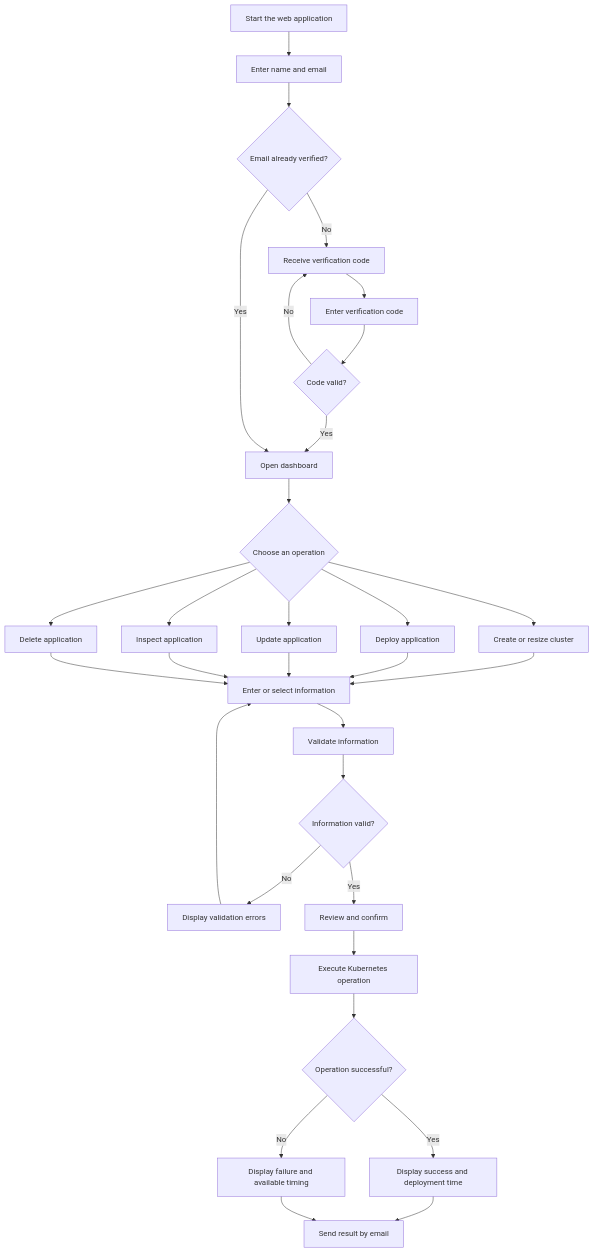
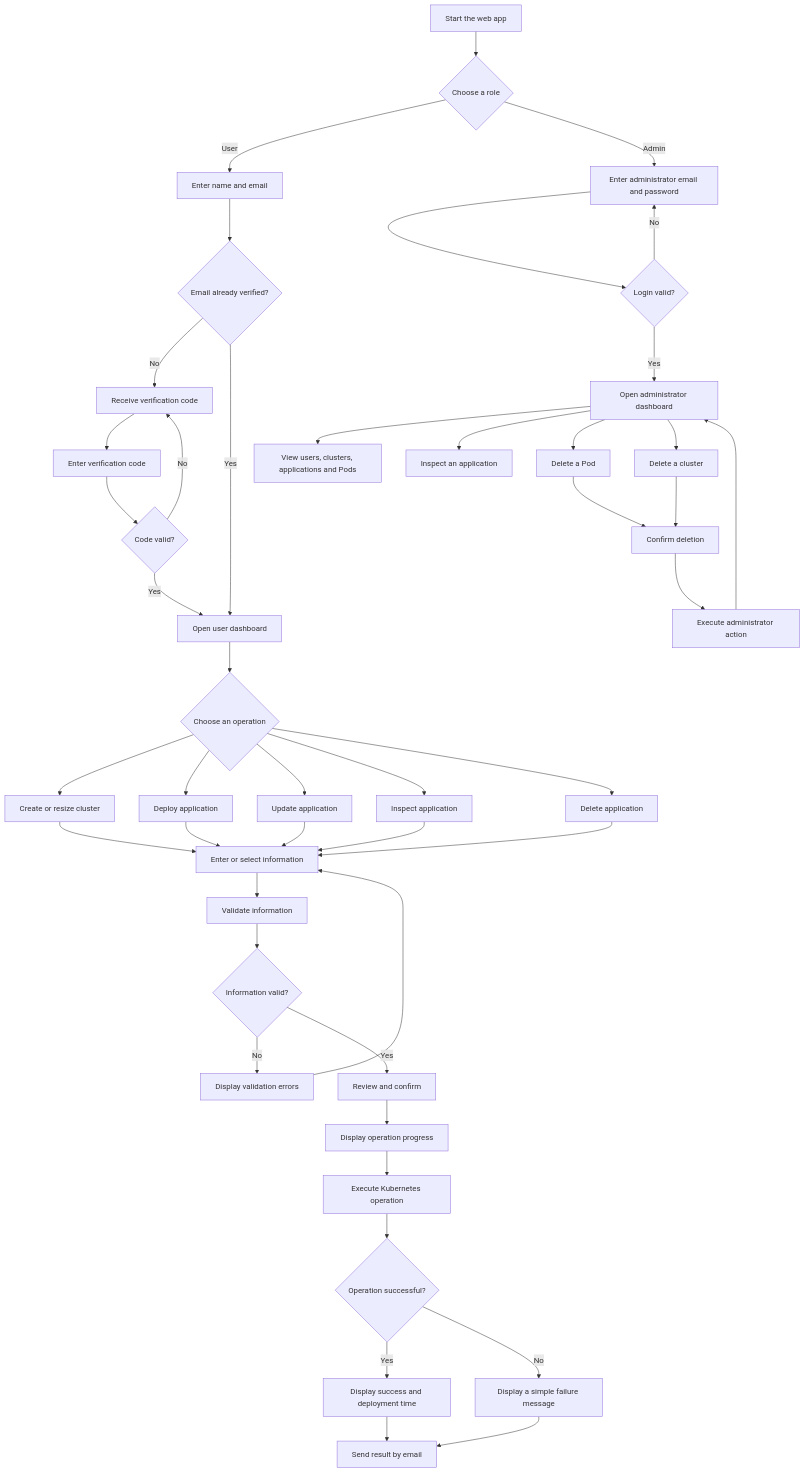
The diagram in README.md (salmarashedy/Repository-name-Zero-Touch-K8s-Private), drawn with Mermaid before and after one commit. The commit also changed other lines of this file, not shown here.

First line of the commit message:
Revise README for Zero-Touch Kubernetes Web Service

````diff
--- a/README.md
+++ b/README.md
@@ -39,43 +29,62 @@
 ```mermaid
 flowchart TD
-    A["Start the web application"] --> B["Enter name and email"]
-    B --> C{"Email already verified?"}
+    A["Start the web app"] --> B{"Choose a role"}
 
-    C -- "No" --> D["Receive verification code"]
-    D --> E["Enter verification code"]
-    E --> F{"Code valid?"}
+    B -- "User" --> C["Enter name and email"]
+    C --> D{"Email already verified?"}
 
-    F -- "No" --> D
-    F -- "Yes" --> G["Open dashboard"]
-    C -- "Yes" --> G
+    D -- "No" --> E["Receive verification code"]
+    E --> F["Enter verification code"]
+    F --> G{"Code valid?"}
 
-    G --> H{"Choose an operation"}
+    G -- "No" --> E
+    G -- "Yes" --> H["Open user dashboard"]
+    D -- "Yes" --> H
 
-    H --> I["Create or resize cluster"]
-    H --> J["Deploy application"]
-    H --> K["Update application"]
-    H --> L["Inspect application"]
-    H --> M["Delete application"]
+    H --> I{"Choose an operation"}
 
-    I --> N["Enter or select information"]
-    J --> N
-    K --> N
-    L --> N
-    M --> N
+    I --> J["Create or resize cluster"]
+    I --> K["Deploy application"]
+    I --> L["Update application"]
+    I --> M["Inspect application"]
+    I --> N["Delete application"]
 
-    N --> O["Validate information"]
-    O --> P{"Information valid?"}
+    J --> O["Enter or select information"]
+    K --> O
+    L --> O
+    M --> O
+    N --> O
 
-    P -- "No" --> Q["Display validation errors"]
-    Q --> N
+    O --> P["Validate information"]
+    P --> Q{"Information valid?"}
 
-    P -- "Yes" --> R["Review and confirm"]
-    R --> S["Execute Kubernetes operation"]
-    S --> T{"Operation successful?"}
+    Q -- "No" --> R["Display validation errors"]
+    R --> O
 
-    T -- "Yes" --> U["Display success and deployment time"]
-    T -- "No" --> V["Display failure and available timing"]
+    Q -- "Yes" --> S["Review and confirm"]
+    S --> T["Display operation progress"]
+    T --> U["Execute Kubernetes operation"]
+    U --> V{"Operation successful?"}
 
-    U --> W["Send result by email"]
-    V --> W
+    V -- "Yes" --> W["Display success and deployment time"]
+    V -- "No" --> X["Display a simple failure message"]
+
+    W --> Y["Send result by email"]
+    X --> Y
+
+    B -- "Admin" --> Z["Enter administrator email and password"]
+    Z --> AA{"Login valid?"}
+
+    AA -- "No" --> Z
+    AA -- "Yes" --> AB["Open administrator dashboard"]
+
+    AB --> AC["View users, clusters, applications and Pods"]
+    AB --> AD["Inspect an application"]
+    AB --> AE["Delete a Pod"]
+    AB --> AF["Delete a cluster"]
+
+    AE --> AG["Confirm deletion"]
+    AF --> AG
+    AG --> AH["Execute administrator action"]
+    AH --> AB
 ```
````
